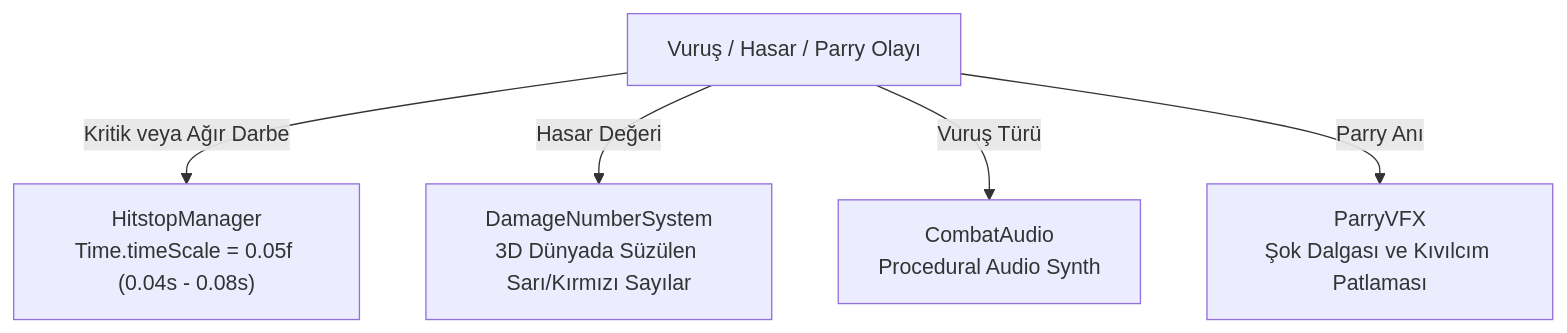
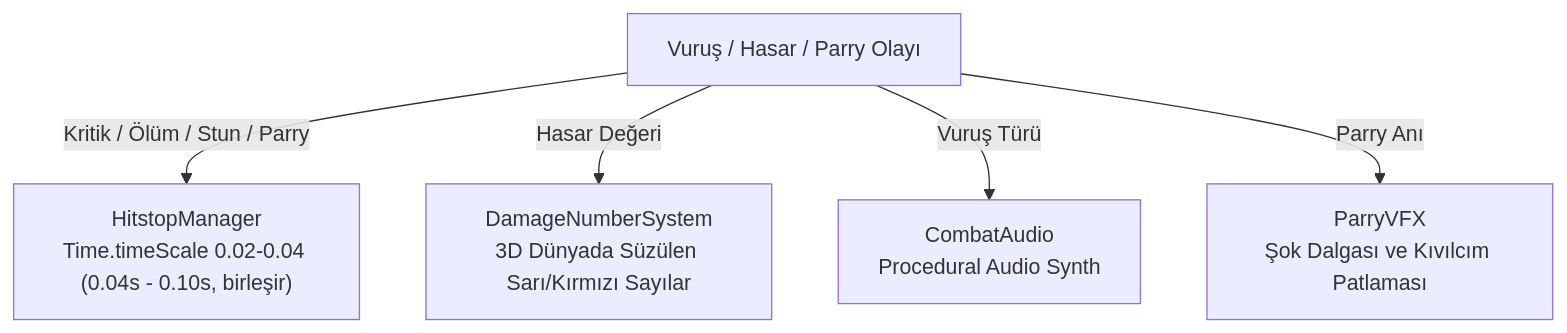
One commit to HazmaK/Graduation-Project changed the diagram in documentation/retro-fps/HitstopAndAudioFeedback.md. Above: the diagram before and after it, drawn with Mermaid. The commit also changed other lines of this file and 107 other files, not shown here.

````diff
--- a/documentation/retro-fps/HitstopAndAudioFeedback.md
+++ b/documentation/retro-fps/HitstopAndAudioFeedback.md
@@ -23,9 +23,9 @@
 ```mermaid
 flowchart TD
     Hit["Vuruş / Hasar / Parry Olayı"]
     
-    Hit -->|Kritik veya Ağır Darbe| Hitstop["HitstopManager\nTime.timeScale = 0.05f (0.04s - 0.08s)"]
+    Hit -->|Kritik / Ölüm / Stun / Parry| Hitstop["HitstopManager\nTime.timeScale 0.02-0.04 (0.04s - 0.10s, birleşir)"]
     Hit -->|Hasar Değeri| DamageNum["DamageNumberSystem\n3D Dünyada Süzülen Sarı/Kırmızı Sayılar"]
     Hit -->|Vuruş Türü| Audio["CombatAudio\nProcedural Audio Synth"]
     Hit -->|Parry Anı| ParryFX["ParryVFX\nŞok Dalgası ve Kıvılcım Patlaması"]
 ```
````
